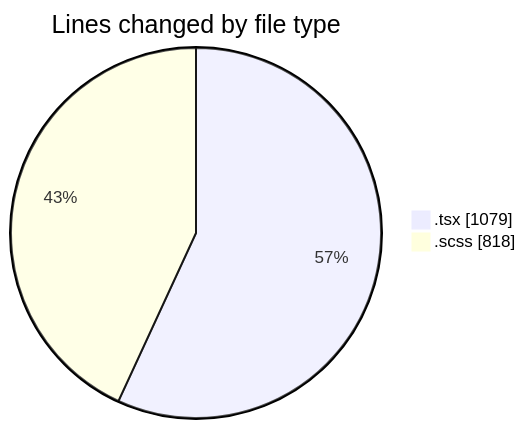
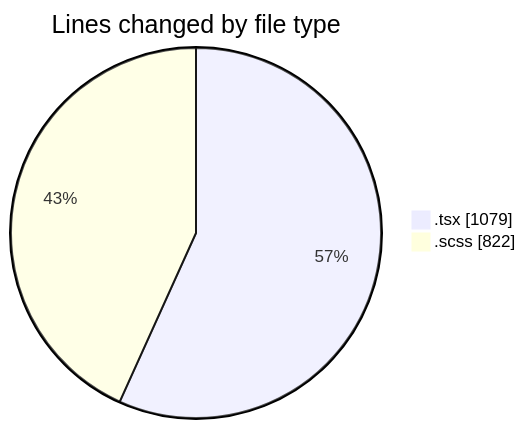
Before and after one commit to momahboobian/code-tracking: the first of 2 diagrams in 2025-10-06/cda/README.md, drawn with Mermaid. The commit also changed other lines of this file and 1 other file, not shown here.

````diff
--- a/2025-10-06/cda/README.md
+++ b/2025-10-06/cda/README.md
@@ -24,6 +24,6 @@
 ```mermaid
 pie showData
 title Lines changed by file type
 ".tsx" : 1079
-".scss" : 818
+".scss" : 822
 ```
````
